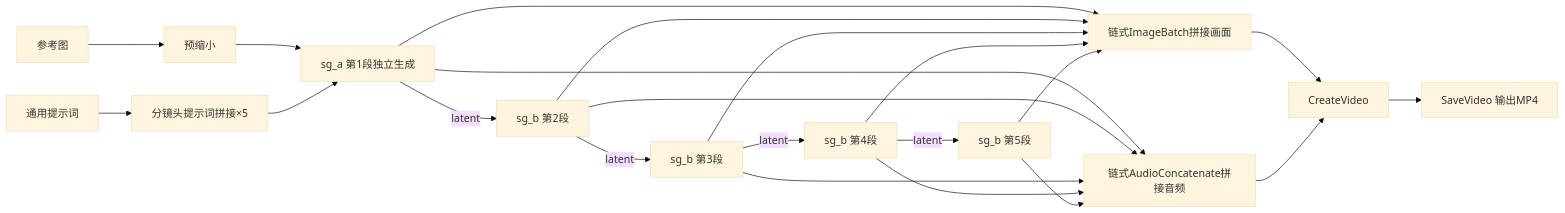
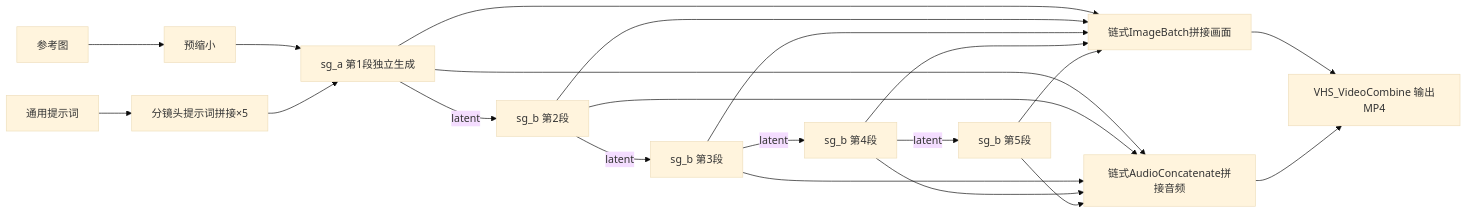
Before and after one commit to IronManVincent/comfyui-minimax-h3-r2v-longvideo: the diagram in README.md, drawn with Mermaid (base theme). The commit also changed other lines of this file and 4 other files, not shown here.

````diff
--- a/README.md
+++ b/README.md
@@ -237,15 +252,14 @@
 ```mermaid
 graph LR
     A[参考图] --> B[预缩小]
     C[通用提示词] --> D[分镜头提示词拼接×5]
     B --> E1[sg_a 第1段独立生成]
     D --> E1
     E1 -->|latent| E2[sg_b 第2段]
     E2 -->|latent| E3[sg_b 第3段]
     E3 -->|latent| E4[sg_b 第4段]
     E4 -->|latent| E5[sg_b 第5段]
     E1 & E2 & E3 & E4 & E5 --> F[链式ImageBatch拼接画面]
     E1 & E2 & E3 & E4 & E5 --> G[链式AudioConcatenate拼接音频]
-    F & G --> H[CreateVideo]
-    H --> I[SaveVideo 输出MP4]
+    F & G --> H[VHS_VideoCombine 输出MP4]
 ```
````
